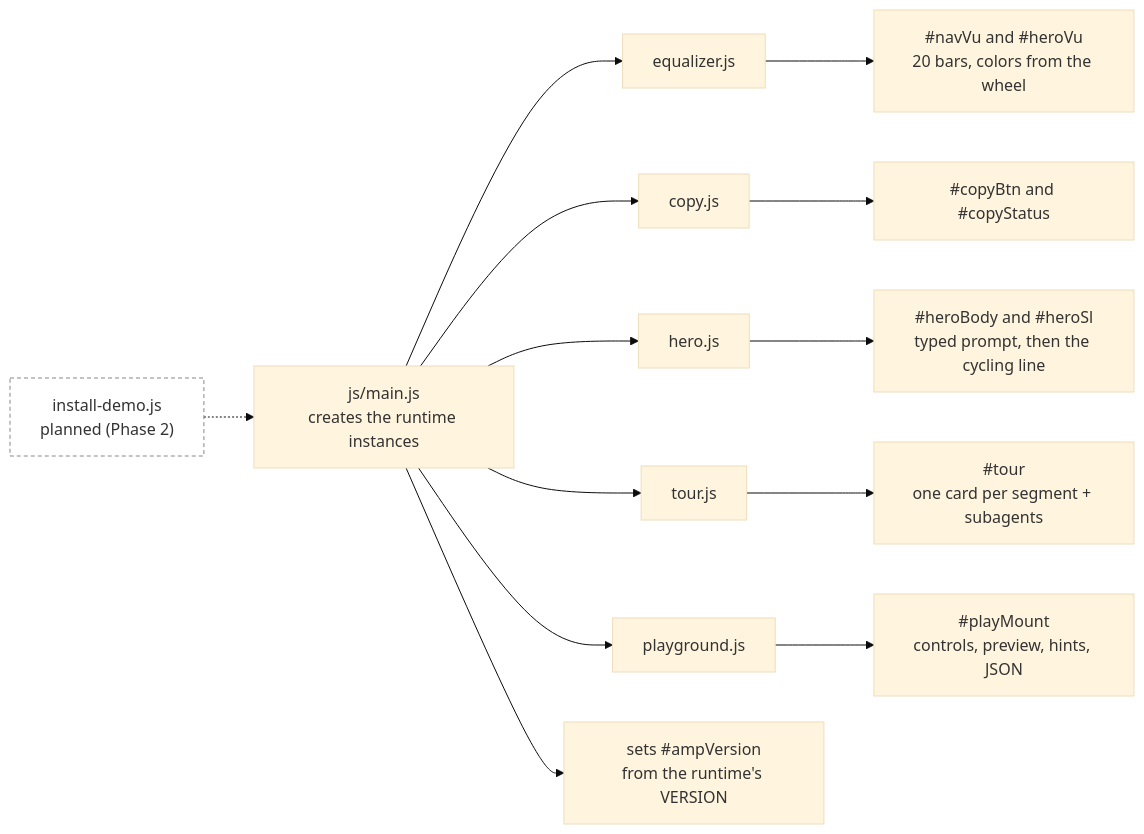
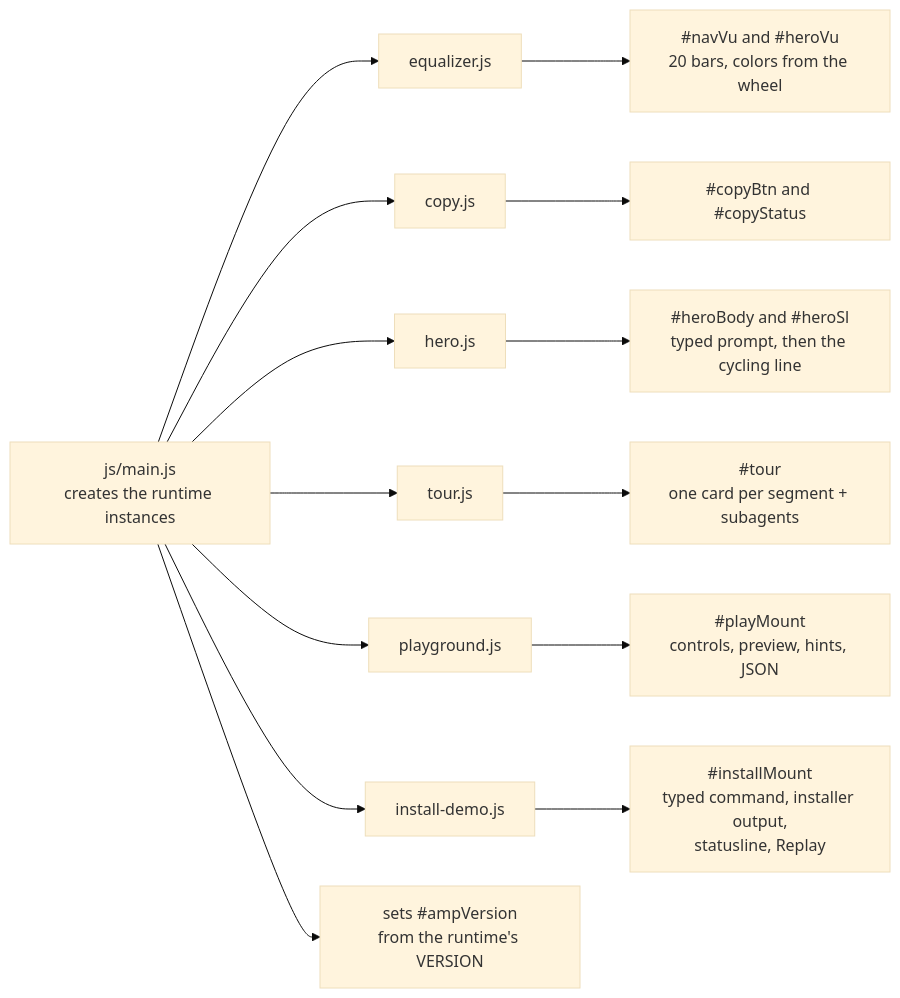
The second of 2 diagrams in diagrams/page-structure.md (carterptull/ampline-website), drawn with Mermaid (base theme) before and after one commit. The commit also changed other lines of this file and 10 other files, not shown here.

Commit message:
feat: install demo section with the real installer output

````diff
--- a/diagrams/page-structure.md
+++ b/diagrams/page-structure.md
@@ -26,20 +28,20 @@
 ```mermaid
 flowchart LR
     main["js/main.js<br/>creates the runtime instances"]
 
     main --> eq["equalizer.js"]
     main --> copy["copy.js"]
     main --> hero["hero.js"]
     main --> tour["tour.js"]
     main --> play["playground.js"]
+    main --> inst["install-demo.js"]
     main --> ver["sets #ampVersion<br/>from the runtime's VERSION"]
-    future["install-demo.js<br/>planned (Phase 2)"] -.-> main
 
     eq --> c1["#navVu and #heroVu<br/>20 bars, colors from the wheel"]
     copy --> c2["#copyBtn and #copyStatus"]
     hero --> c3["#heroBody and #heroSl<br/>typed prompt, then the cycling line"]
     tour --> c4["#tour<br/>one card per segment + subagents"]
     play --> c5["#playMount<br/>controls, preview, hints, JSON"]
+    inst --> c6["#installMount<br/>typed command, installer output,<br/>statusline, Replay"]
 
-    style future fill:transparent,stroke:#888,stroke-width:1px,stroke-dasharray: 4 3
 ```
````
